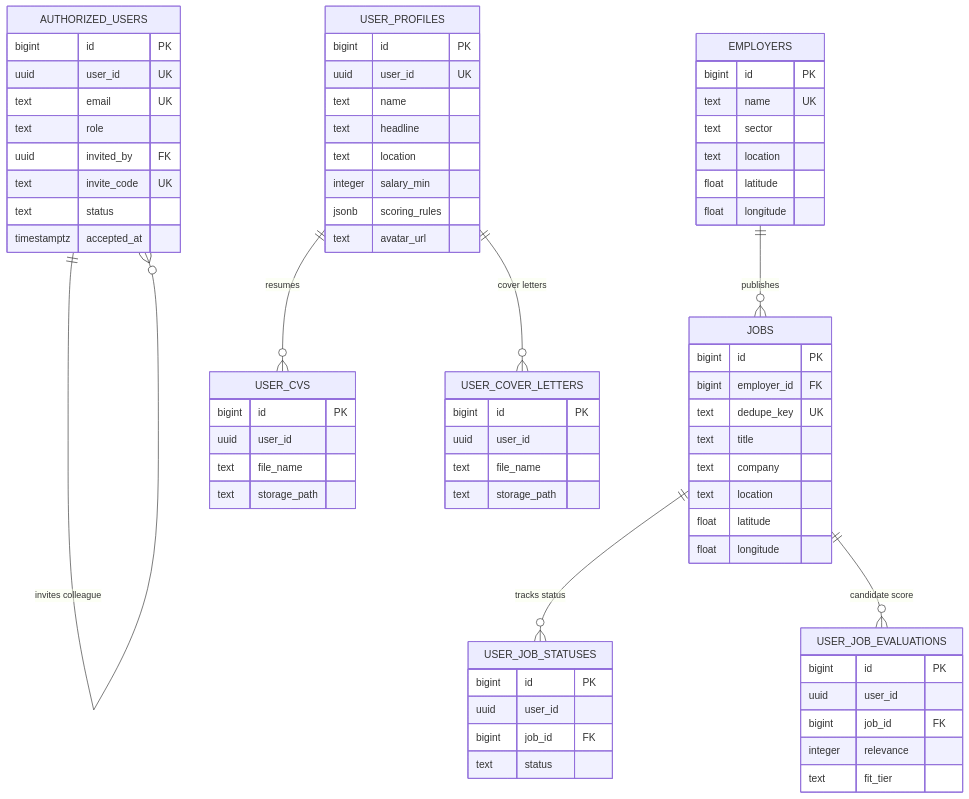
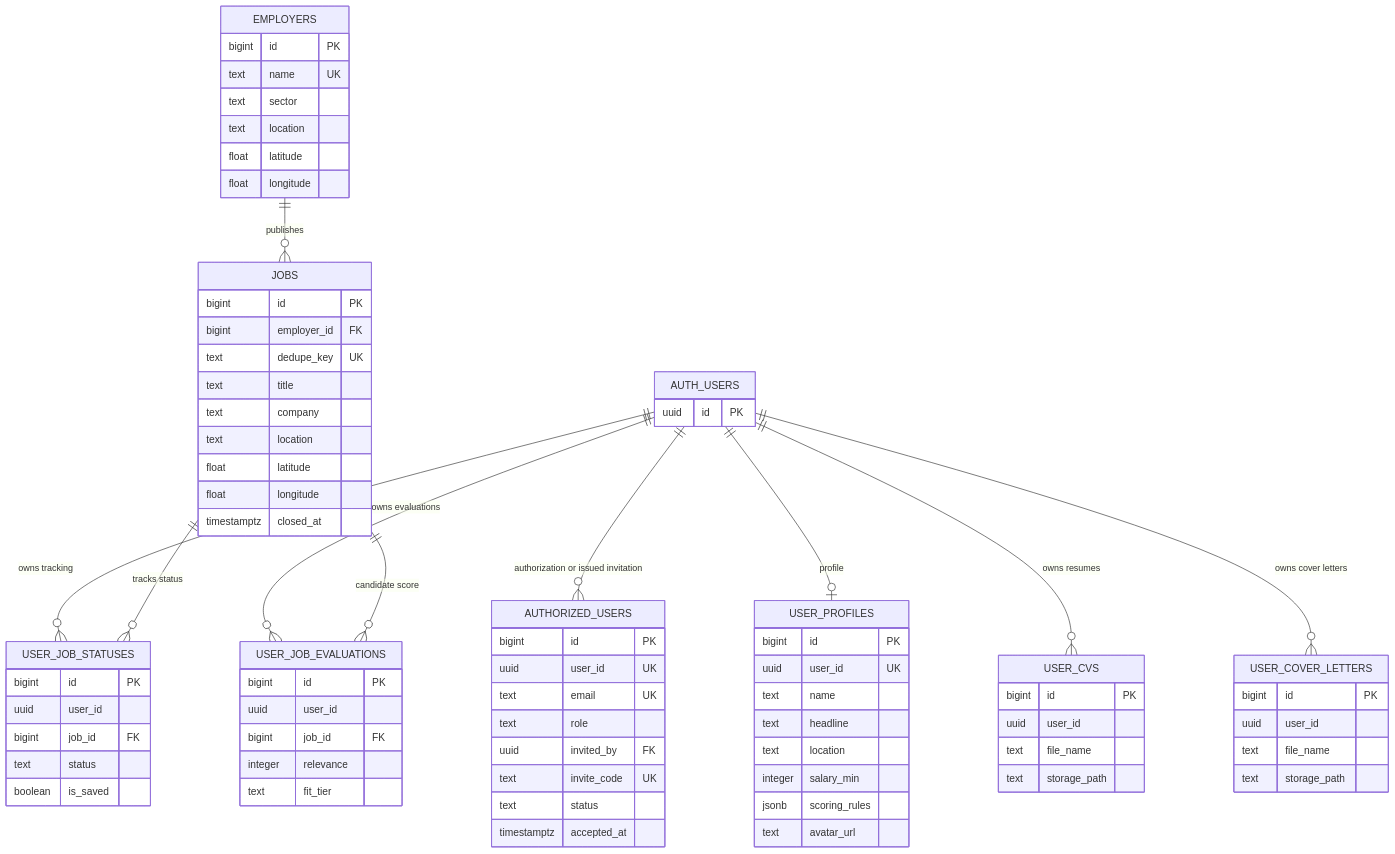
The diagram in docs/DATABASE_SCHEMA.md (jae-labs/jobpulse), drawn with Mermaid before and after one commit. The commit also changed other lines of this file and 17 other files, not shown here.

````diff
--- a/docs/DATABASE_SCHEMA.md
+++ b/docs/DATABASE_SCHEMA.md
@@ -7,73 +7,81 @@
 ```mermaid
 erDiagram
+    AUTH_USERS {
+        uuid id PK
+    }
     AUTHORIZED_USERS {
         bigint id PK
         uuid user_id UK
         text email UK
         text role
         uuid invited_by FK
         text invite_code UK
         text status
         timestamptz accepted_at
     }
     EMPLOYERS {
         bigint id PK
         text name UK
         text sector
         text location
         float latitude
         float longitude
     }
     JOBS {
         bigint id PK
         bigint employer_id FK
         text dedupe_key UK
         text title
         text company
         text location
         float latitude
         float longitude
+        timestamptz closed_at
     }
     USER_PROFILES {
         bigint id PK
         uuid user_id UK
         text name
         text headline
         text location
         integer salary_min
         jsonb scoring_rules
         text avatar_url
     }
     USER_JOB_STATUSES {
         bigint id PK
         uuid user_id
         bigint job_id FK
         text status
+        boolean is_saved
     }
     USER_JOB_EVALUATIONS {
         bigint id PK
         uuid user_id
         bigint job_id FK
         integer relevance
         text fit_tier
     }
     USER_CVS {
         bigint id PK
         uuid user_id
         text file_name
         text storage_path
     }
     USER_COVER_LETTERS {
         bigint id PK
         uuid user_id
         text file_name
         text storage_path
     }
 
-    AUTHORIZED_USERS ||--o{ AUTHORIZED_USERS : "invites colleague"
+    AUTH_USERS ||--o{ AUTHORIZED_USERS : "authorization or issued invitation"
+    AUTH_USERS ||--o| USER_PROFILES : "profile"
+    AUTH_USERS ||--o{ USER_JOB_STATUSES : "owns tracking"
+    AUTH_USERS ||--o{ USER_JOB_EVALUATIONS : "owns evaluations"
+    AUTH_USERS ||--o{ USER_CVS : "owns resumes"
+    AUTH_USERS ||--o{ USER_COVER_LETTERS : "owns cover letters"
     EMPLOYERS ||--o{ JOBS : "publishes"
     JOBS ||--o{ USER_JOB_STATUSES : "tracks status"
     JOBS ||--o{ USER_JOB_EVALUATIONS : "candidate score"
-    USER_PROFILES ||--o{ USER_CVS : "resumes"
-    USER_PROFILES ||--o{ USER_COVER_LETTERS : "cover letters"
 ```
````
